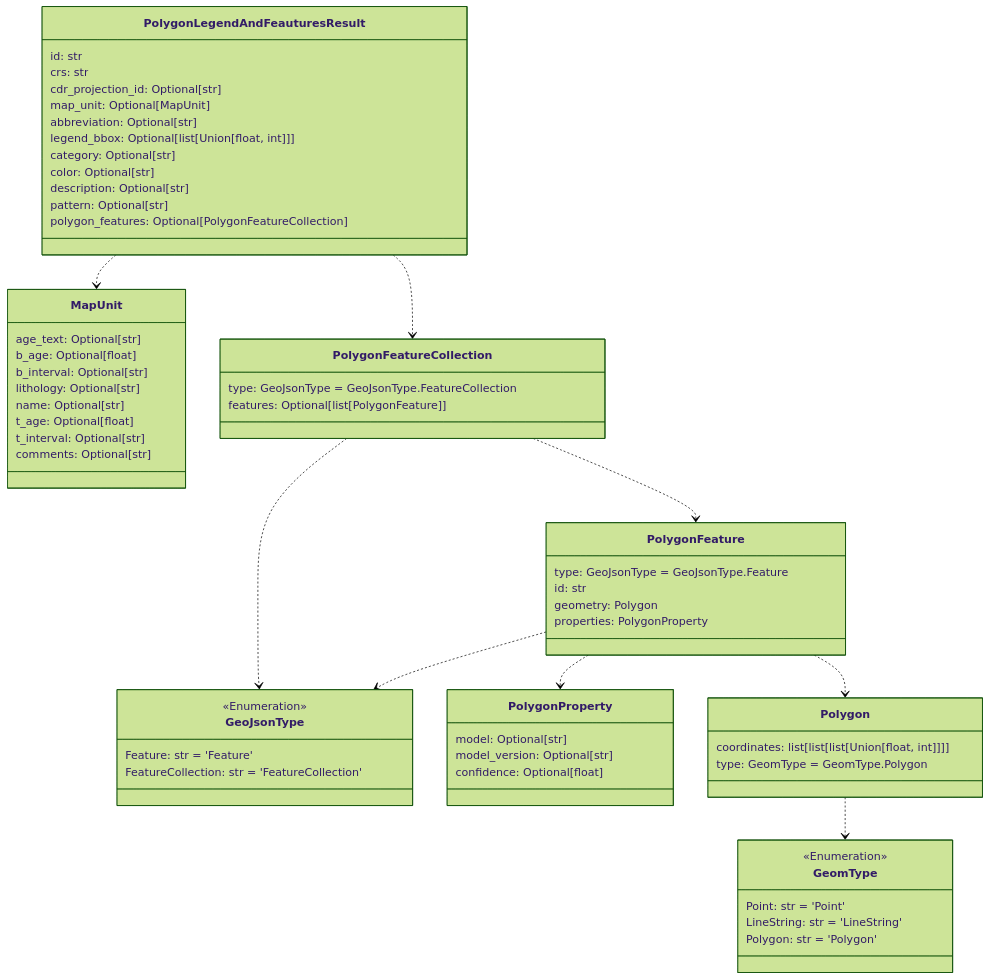
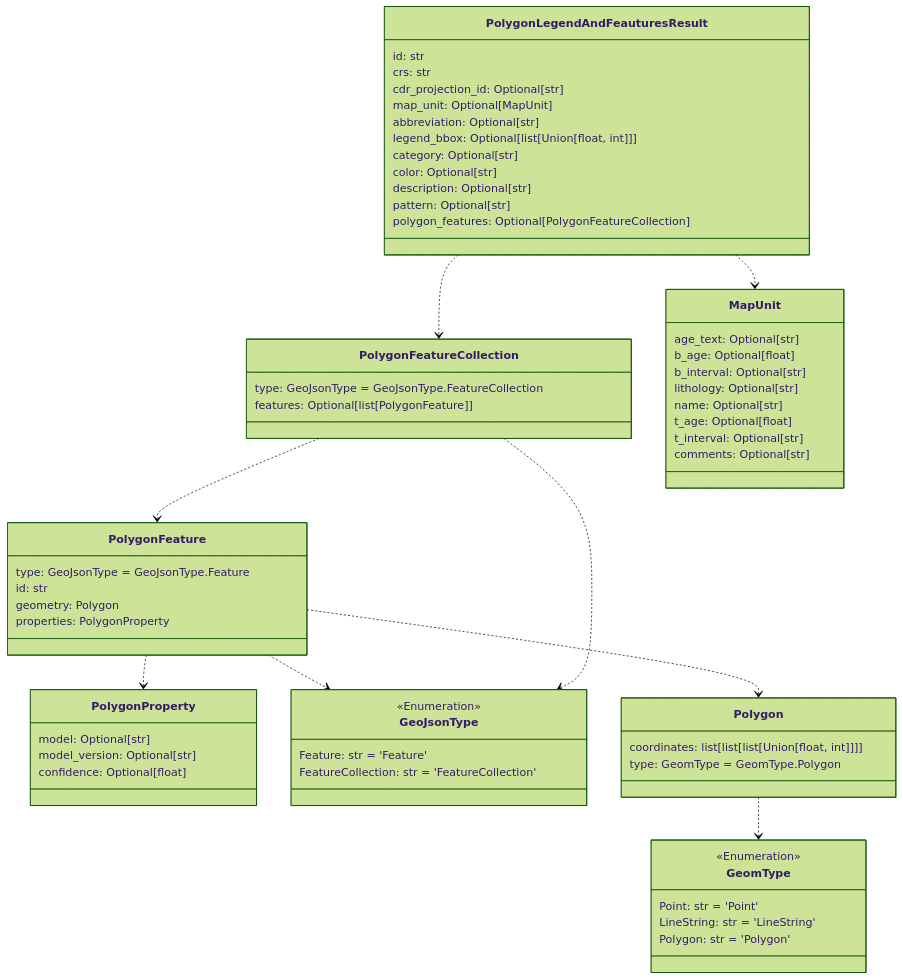
One commit to DARPA-CRITICALMAAS/cdr_schemas changed the sixth of 11 diagrams in README.md. Above: the diagram before and after it, drawn with Mermaid (forest theme). The commit also changed other lines of this file and 3 other files, not shown here.

````diff
--- a/README.md
+++ b/README.md
@@ -425,75 +425,75 @@
 ```mermaid
 classDiagram
+
+    class PolygonProperty {
+        model: Optional[str]
+        model_version: Optional[str]
+        confidence: Optional[float]
+    }
 
     class PolygonLegendAndFeauturesResult {
         id: str
         crs: str
         cdr_projection_id: Optional[str]
         map_unit: Optional[MapUnit]
         abbreviation: Optional[str]
         legend_bbox: Optional[list[Union[float, int]]]
         category: Optional[str]
         color: Optional[str]
         description: Optional[str]
         pattern: Optional[str]
         polygon_features: Optional[PolygonFeatureCollection]
     }
 
-    class PolygonProperty {
-        model: Optional[str]
-        model_version: Optional[str]
-        confidence: Optional[float]
+    class PolygonFeatureCollection {
+        type: GeoJsonType = GeoJsonType.FeatureCollection
+        features: Optional[list[PolygonFeature]]
     }
 
     class PolygonFeature {
         type: GeoJsonType = GeoJsonType.Feature
         id: str
         geometry: Polygon
         properties: PolygonProperty
+    }
+
+    class MapUnit {
+        age_text: Optional[str]
+        b_age: Optional[float]
+        b_interval: Optional[str]
+        lithology: Optional[str]
+        name: Optional[str]
+        t_age: Optional[float]
+        t_interval: Optional[str]
+        comments: Optional[str]
     }
 
     class GeoJsonType {
         <<Enumeration>>
         Feature: str = 'Feature'
         FeatureCollection: str = 'FeatureCollection'
     }
 
     class Polygon {
         coordinates: list[list[list[Union[float, int]]]]
         type: GeomType = GeomType.Polygon
     }
 
-    class PolygonFeatureCollection {
-        type: GeoJsonType = GeoJsonType.FeatureCollection
-        features: Optional[list[PolygonFeature]]
-    }
-
     class GeomType {
         <<Enumeration>>
         Point: str = 'Point'
         LineString: str = 'LineString'
         Polygon: str = 'Polygon'
     }
 
-    class MapUnit {
-        age_text: Optional[str]
-        b_age: Optional[float]
-        b_interval: Optional[str]
-        lithology: Optional[str]
-        name: Optional[str]
-        t_age: Optional[float]
-        t_interval: Optional[str]
-        comments: Optional[str]
-    }
-
     Polygon ..> GeomType
+    PolygonFeature ..> PolygonProperty
     PolygonFeature ..> GeoJsonType
-    PolygonFeature ..> PolygonProperty
     PolygonFeature ..> Polygon
     PolygonFeatureCollection ..> GeoJsonType
     PolygonFeatureCollection ..> PolygonFeature
+    PolygonLegendAndFeauturesResult ..> PolygonFeatureCollection
     PolygonLegendAndFeauturesResult ..> MapUnit
-    PolygonLegendAndFeauturesResult ..> PolygonFeatureCollection
 
 
 ```
````
